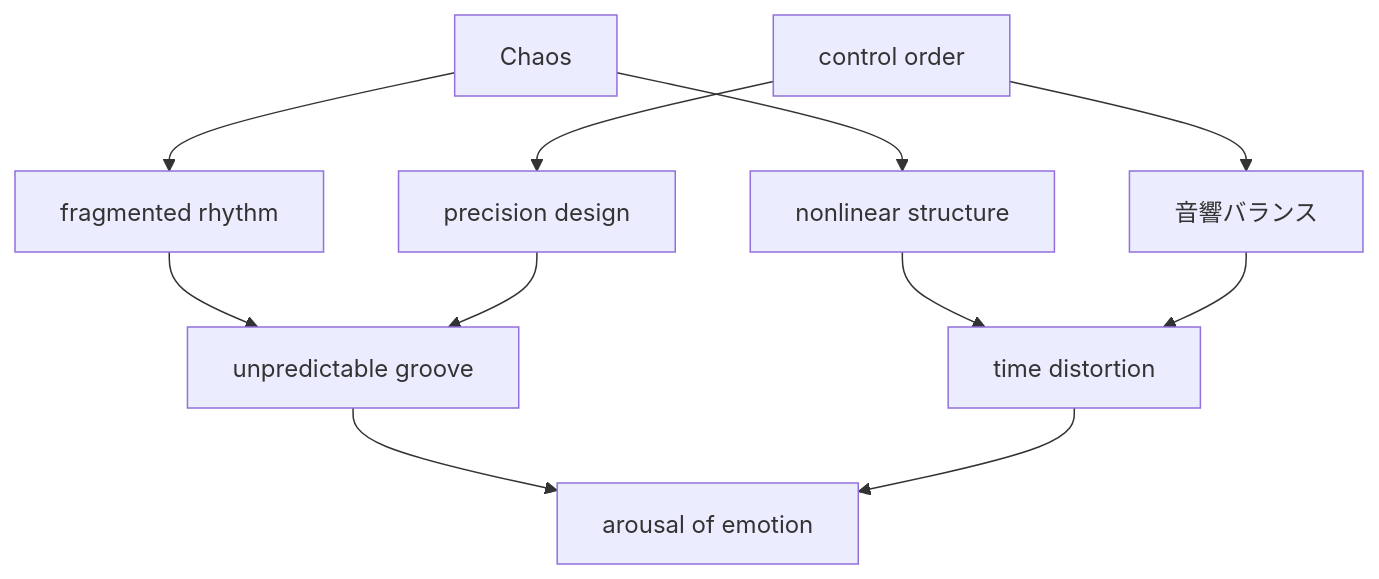
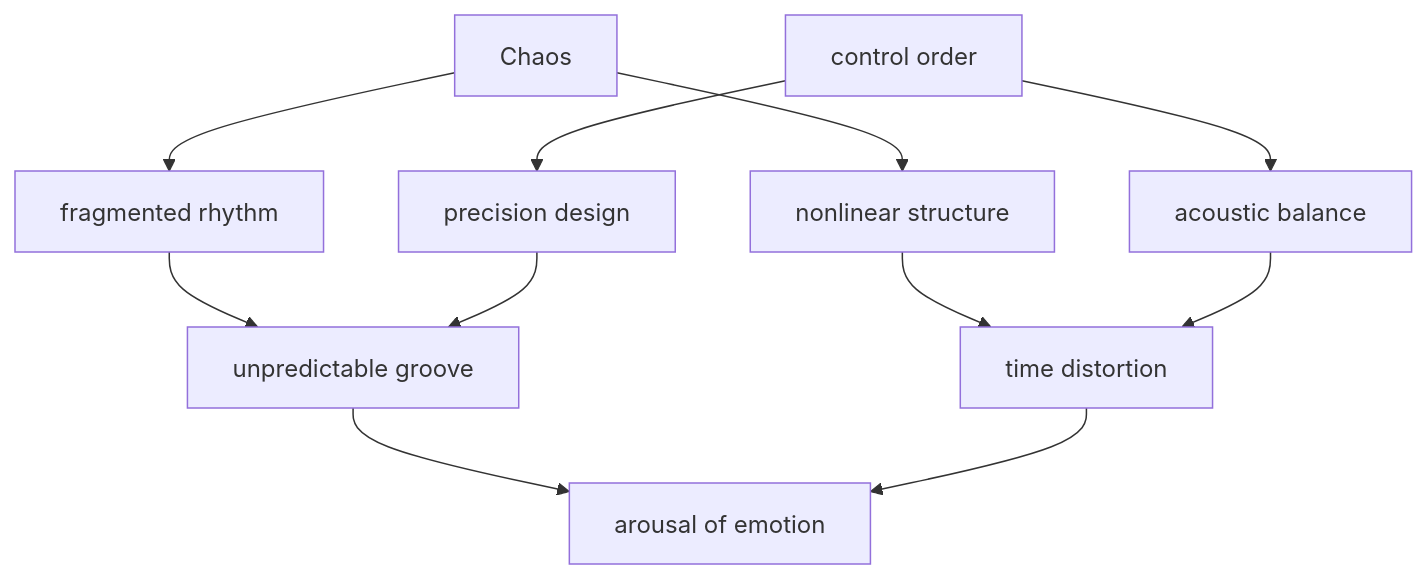
The diagram in en/_posts/2026-04-03-column-aphex-twin.md (monumental-movement/monumental-movement.github.io), drawn with Mermaid before and after one commit. The commit also changed other lines of this file and 851 other files, not shown here.

```diff
--- a/en/_posts/2026-04-03-column-aphex-twin.md
+++ b/en/_posts/2026-04-03-column-aphex-twin.md
@@ -160,13 +160,13 @@
 <div class="mermaid">
 graph TD
 A[Chaos] --> B[fragmented rhythm]
 A --> C[nonlinear structure]
 D[control order] --> E[precision design]
-D --> F[音響バランス]
+D --> F[acoustic balance]
 B --> G[unpredictable groove]
 E --> G
 C --> H[time distortion]
 F --> H
 G --> I[arousal of emotion]
 H --> I
 </div>
```
